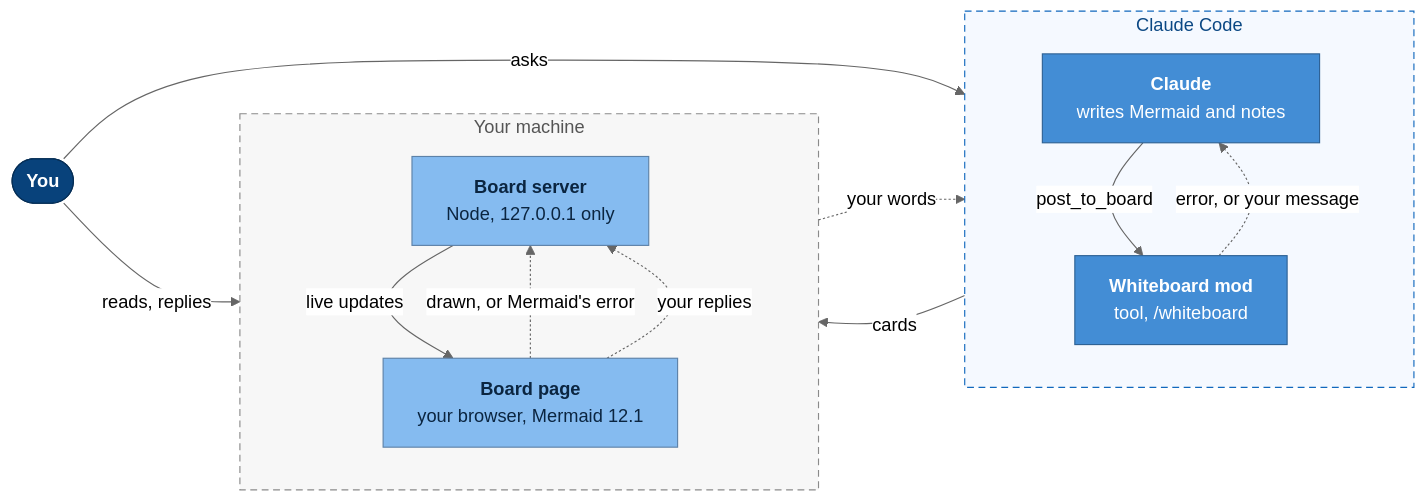
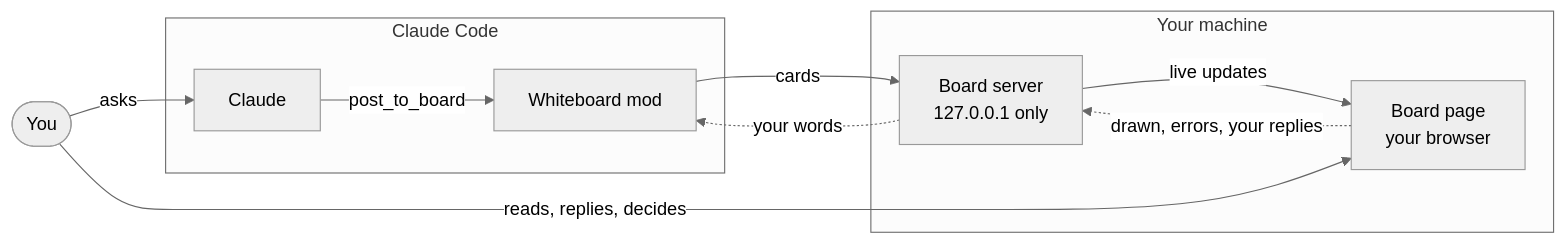
The diagram in README.md (mazzucci/whiteboard), drawn with Mermaid (neutral theme) before and after one commit. The commit also changed other lines of this file and 8 other files, not shown here.

````diff
--- a/README.md
+++ b/README.md
@@ -157,37 +194,15 @@
 ```mermaid
 flowchart LR
-  you(["`**You**`"])
+  you(["You"])
   subgraph cc["Claude Code"]
-    direction TB
-    claude["`**Claude**
-    writes Mermaid and notes`"]
-    mod["`**Whiteboard mod**
-    tool, /whiteboard`"]
+    claude["Claude"] -- "post_to_board" --> mod["Whiteboard mod"]
   end
   subgraph host["Your machine"]
-    direction TB
-    server["`**Board server**
-    Node, 127.0.0.1 only`"]
-    page["`**Board page**
-    your browser, Mermaid 12.1`"]
+    server["Board server<br/>127.0.0.1 only"] -- "live updates" --> page["Board page<br/>your browser"]
   end
-
   you -- asks --> claude
-  claude -- "post_to_board" --> mod
-  mod -- "cards" --> server
-  server -- "live updates" --> page
-  page -. "drawn, or Mermaid's error" .-> server
-  page -. "your replies" .-> server
+  mod -- cards --> server
+  page -. "drawn, errors, your replies" .-> server
   server -. "your words" .-> mod
-  mod -. "error, or your message" .-> claude
-  you -- "reads, replies" --> page
-
-  classDef person fill:#08427b,stroke:#052e56,color:#ffffff
-  classDef part fill:#438dd5,stroke:#2e6295,color:#ffffff
-  classDef local fill:#85bbf0,stroke:#5d82a8,color:#0b2540
-  class you person
-  class claude,mod part
-  class server,page local
-  style cc fill:#f5f9ff,stroke:#1168bd,stroke-dasharray:6 4,color:#0b4884
-  style host fill:#f7f7f7,stroke:#8a8a8a,stroke-dasharray:6 4,color:#555555
+  you -- "reads, replies, decides" --> page
 ```
````
